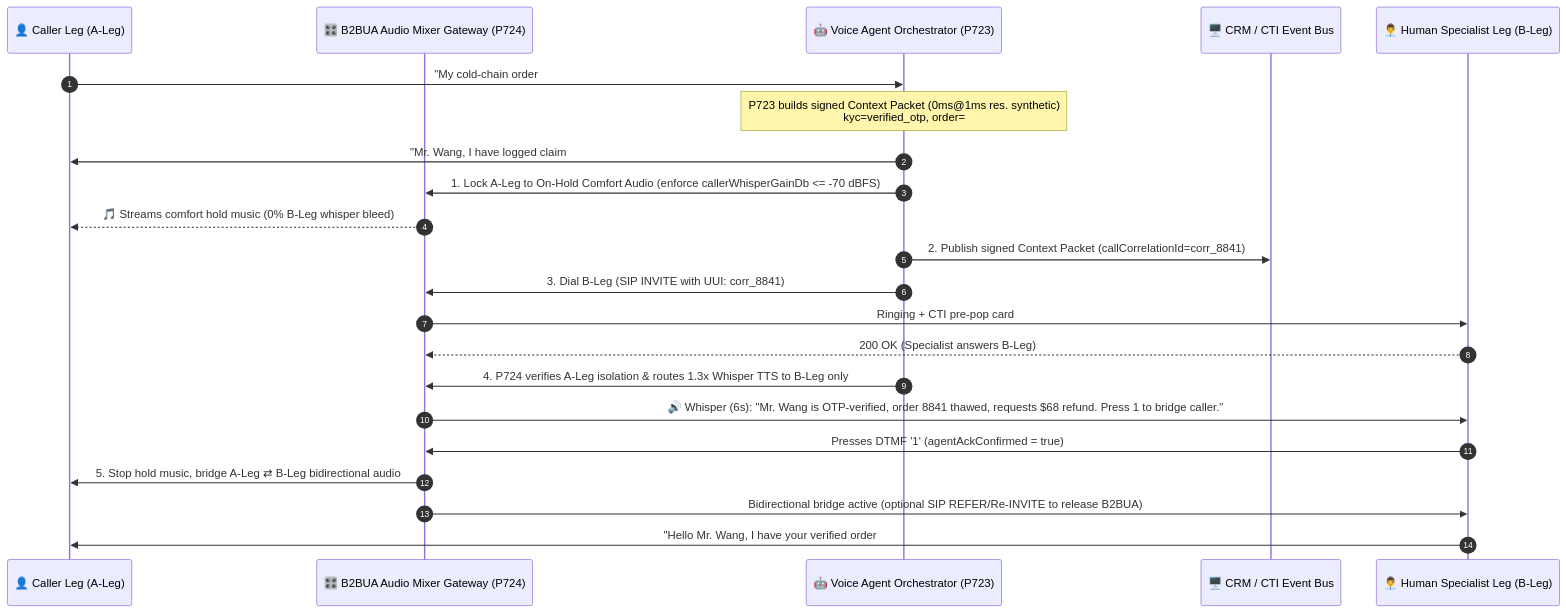
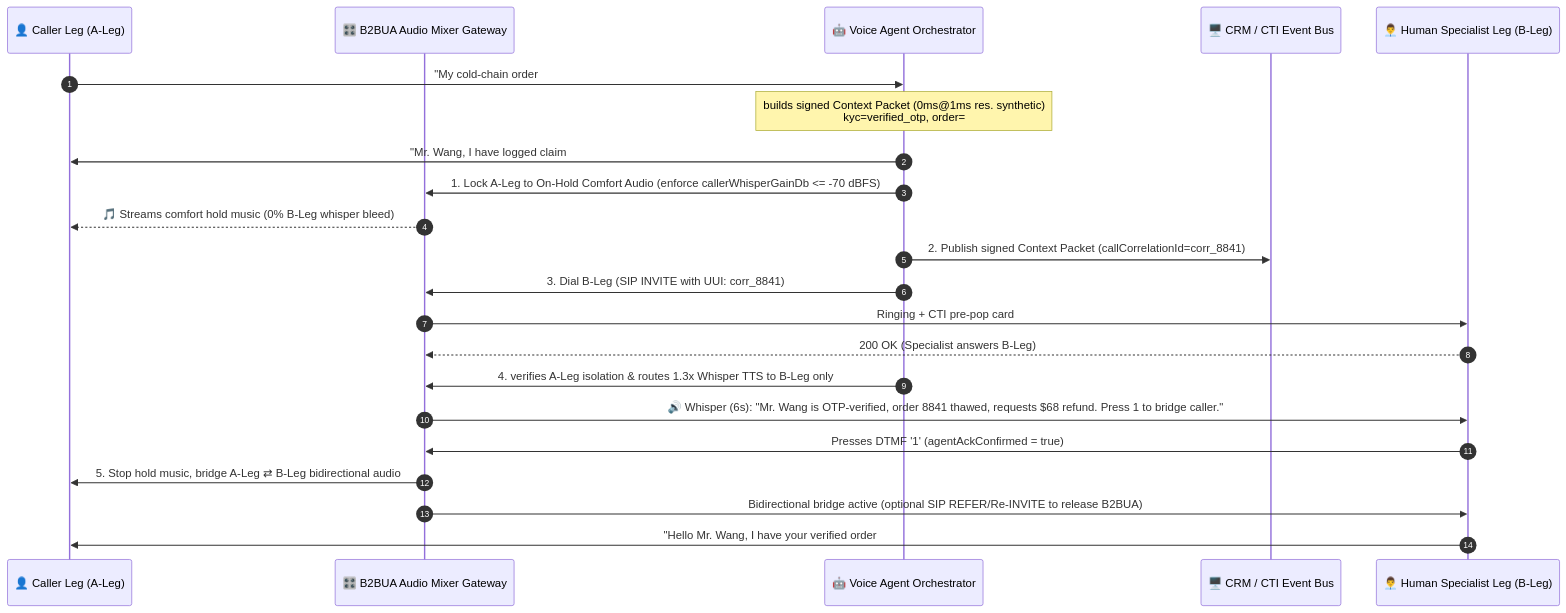
Before and after one commit to turbo998/voice-agent-lab: the third of 3 diagrams in docs/warm-transfer-whisper-handoff-faq.en.md, drawn with Mermaid. The commit also changed other lines of this file and 715 other files, not shown here.

````diff
--- a/docs/warm-transfer-whisper-handoff-faq.en.md
+++ b/docs/warm-transfer-whisper-handoff-faq.en.md
@@ -109,25 +109,25 @@
 ```mermaid
 sequenceDiagram
-    autonumber
-    participant Caller as 👤 Caller Leg (A-Leg)
-    participant B2BUA as 🎛️ B2BUA Audio Mixer Gateway (P724)
-    participant AgentAI as 🤖 Voice Agent Orchestrator (P723)
-    participant CTI as 🖥️ CRM / CTI Event Bus
-    participant Human as 👨‍💼 Human Specialist Leg (B-Leg)
+ autonumber
+ participant Caller as 👤 Caller Leg (A-Leg)
+ participant B2BUA as 🎛️ B2BUA Audio Mixer Gateway 
+ participant AgentAI as 🤖 Voice Agent Orchestrator 
+ participant CTI as 🖥️ CRM / CTI Event Bus
+ participant Human as 👨‍💼 Human Specialist Leg (B-Leg)
 
-    Caller->>AgentAI: "My cold-chain order #8841 arrived completely thawed, I need a full refund!"
-    Note over AgentAI: P723 builds signed Context Packet (0ms@1ms res. synthetic)<br/>kyc=verified_otp, order=#8841, sentiment=high_risk
-    AgentAI->>Caller: "Mr. Wang, I have logged claim #8841 and verified your account. Let me connect you to our supervisor—you won't need to repeat anything."
-    AgentAI->>B2BUA: 1. Lock A-Leg to On-Hold Comfort Audio (enforce callerWhisperGainDb <= -70 dBFS)
-    B2BUA-->>Caller: 🎵 Streams comfort hold music (0% B-Leg whisper bleed)
-    AgentAI->>CTI: 2. Publish signed Context Packet (callCorrelationId=corr_8841)
-    AgentAI->>B2BUA: 3. Dial B-Leg (SIP INVITE with UUI: corr_8841)
-    B2BUA->>Human: Ringing + CTI pre-pop card
-    Human-->>B2BUA: 200 OK (Specialist answers B-Leg)
-    AgentAI->>B2BUA: 4. P724 verifies A-Leg isolation & routes 1.3x Whisper TTS to B-Leg only
-    B2BUA->>Human: 🔊 Whisper (6s): "Mr. Wang is OTP-verified, order 8841 thawed, requests $68 refund. Press 1 to bridge caller."
-    Human->>B2BUA: Presses DTMF '1' (agentAckConfirmed = true)
-    B2BUA->>Caller: 5. Stop hold music, bridge A-Leg ⇄ B-Leg bidirectional audio
-    B2BUA->>Human: Bidirectional bridge active (optional SIP REFER/Re-INVITE to release B2BUA)
-    Human->>Caller: "Hello Mr. Wang, I have your verified order #8841 right here—I'm approving your $68 full refund now."
+ Caller->>AgentAI: "My cold-chain order #8841 arrived completely thawed, I need a full refund!"
+ Note over AgentAI: builds signed Context Packet (0ms@1ms res. synthetic)<br/>kyc=verified_otp, order=#8841, sentiment=high_risk
+ AgentAI->>Caller: "Mr. Wang, I have logged claim #8841 and verified your account. Let me connect you to our supervisor—you won't need to repeat anything."
+ AgentAI->>B2BUA: 1. Lock A-Leg to On-Hold Comfort Audio (enforce callerWhisperGainDb <= -70 dBFS)
+ B2BUA-->>Caller: 🎵 Streams comfort hold music (0% B-Leg whisper bleed)
+ AgentAI->>CTI: 2. Publish signed Context Packet (callCorrelationId=corr_8841)
+ AgentAI->>B2BUA: 3. Dial B-Leg (SIP INVITE with UUI: corr_8841)
+ B2BUA->>Human: Ringing + CTI pre-pop card
+ Human-->>B2BUA: 200 OK (Specialist answers B-Leg)
+ AgentAI->>B2BUA: 4. verifies A-Leg isolation & routes 1.3x Whisper TTS to B-Leg only
+ B2BUA->>Human: 🔊 Whisper (6s): "Mr. Wang is OTP-verified, order 8841 thawed, requests $68 refund. Press 1 to bridge caller."
+ Human->>B2BUA: Presses DTMF '1' (agentAckConfirmed = true)
+ B2BUA->>Caller: 5. Stop hold music, bridge A-Leg ⇄ B-Leg bidirectional audio
+ B2BUA->>Human: Bidirectional bridge active (optional SIP REFER/Re-INVITE to release B2BUA)
+ Human->>Caller: "Hello Mr. Wang, I have your verified order #8841 right here—I'm approving your $68 full refund now."
 ```
````
